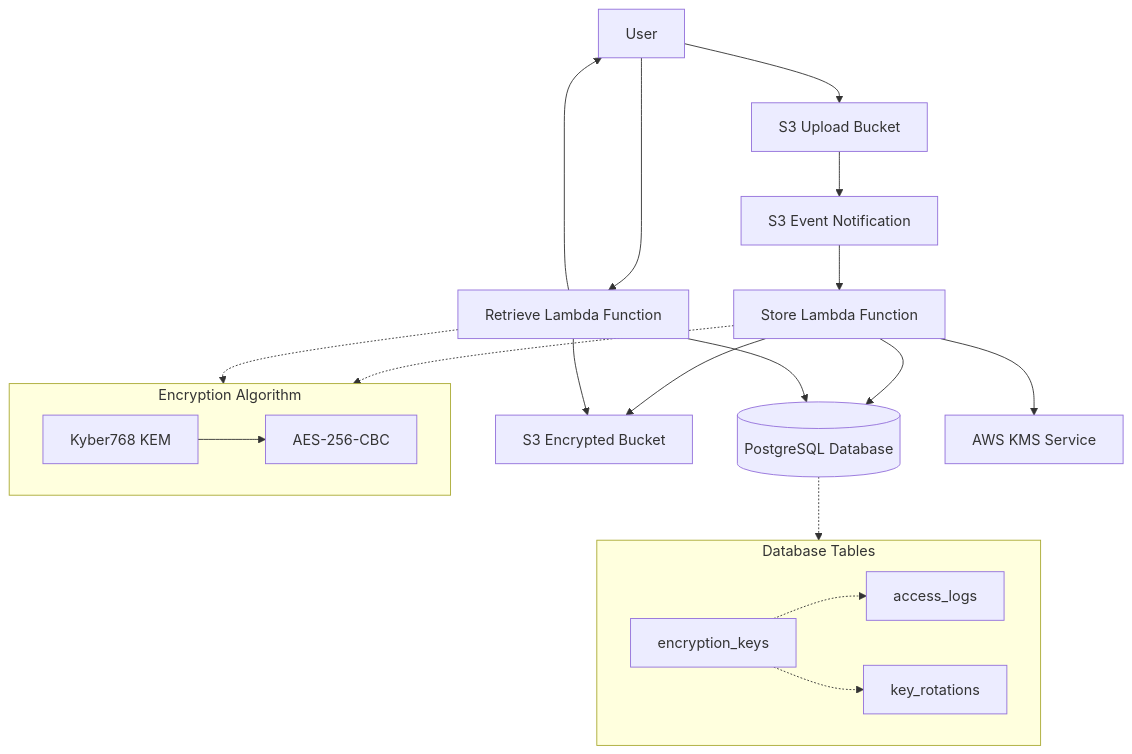
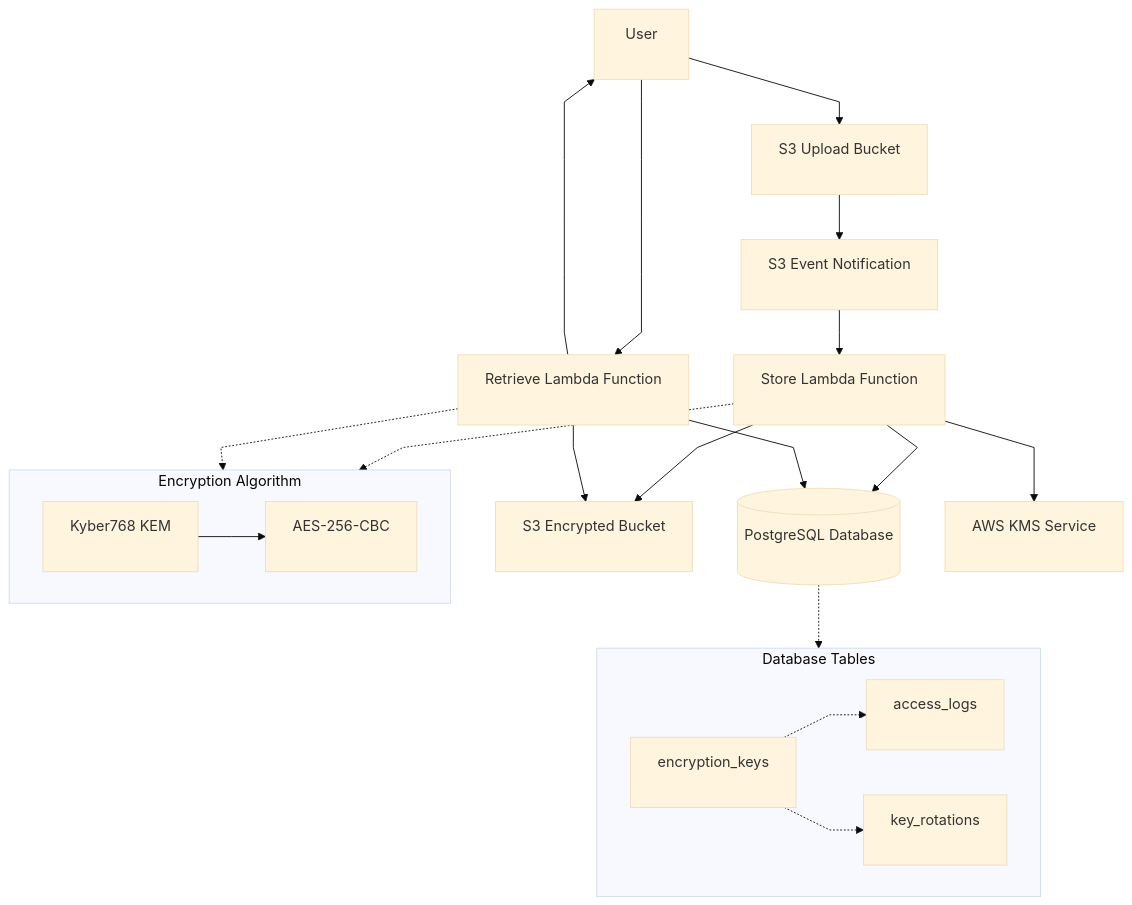
One commit to m1rl0k/pqfile changed the diagram in README.md. Above: the diagram before and after it, drawn with Mermaid.

````diff
--- a/README.md
+++ b/README.md
@@ -17,41 +17,42 @@
 ```mermaid
+%%{init: {"flowchart": {"htmlLabels": true, "curve": "linear"}, "theme": "base"}}%%
 graph TB
-    User["   User   "]
-    S3Upload["   S3 Upload Bucket   "]
-    S3Encrypted["   S3 Encrypted Bucket   "]
-    StoreLambda["   Store Lambda Function   "]
-    RetrieveLambda["   Retrieve Lambda Function   "]
-    Database[("   PostgreSQL Database   ")]
-    KMSService["   AWS KMS Service   "]
-    S3Event["   S3 Event Notification   "]
+    User["User<br/>&nbsp;&nbsp;&nbsp;&nbsp;&nbsp;&nbsp;&nbsp;&nbsp;&nbsp;&nbsp;"]
+    S3Upload["S3 Upload Bucket<br/>&nbsp;&nbsp;&nbsp;&nbsp;&nbsp;&nbsp;&nbsp;&nbsp;&nbsp;&nbsp;&nbsp;&nbsp;&nbsp;&nbsp;&nbsp;&nbsp;&nbsp;&nbsp;&nbsp;&nbsp;"]
+    S3Encrypted["S3 Encrypted Bucket<br/>&nbsp;&nbsp;&nbsp;&nbsp;&nbsp;&nbsp;&nbsp;&nbsp;&nbsp;&nbsp;&nbsp;&nbsp;&nbsp;&nbsp;&nbsp;&nbsp;&nbsp;&nbsp;&nbsp;&nbsp;&nbsp;&nbsp;"]
+    StoreLambda["Store Lambda Function<br/>&nbsp;&nbsp;&nbsp;&nbsp;&nbsp;&nbsp;&nbsp;&nbsp;&nbsp;&nbsp;&nbsp;&nbsp;&nbsp;&nbsp;&nbsp;&nbsp;&nbsp;&nbsp;&nbsp;&nbsp;&nbsp;&nbsp;&nbsp;"]
+    RetrieveLambda["Retrieve Lambda Function<br/>&nbsp;&nbsp;&nbsp;&nbsp;&nbsp;&nbsp;&nbsp;&nbsp;&nbsp;&nbsp;&nbsp;&nbsp;&nbsp;&nbsp;&nbsp;&nbsp;&nbsp;&nbsp;&nbsp;&nbsp;&nbsp;&nbsp;&nbsp;&nbsp;&nbsp;"]
+    Database[("PostgreSQL Database<br/>&nbsp;&nbsp;&nbsp;&nbsp;&nbsp;&nbsp;&nbsp;&nbsp;&nbsp;&nbsp;&nbsp;&nbsp;&nbsp;&nbsp;&nbsp;&nbsp;&nbsp;&nbsp;&nbsp;")]
+    KMSService["AWS KMS Service<br/>&nbsp;&nbsp;&nbsp;&nbsp;&nbsp;&nbsp;&nbsp;&nbsp;&nbsp;&nbsp;&nbsp;&nbsp;&nbsp;&nbsp;&nbsp;"]
+    S3Event["S3 Event Notification<br/>&nbsp;&nbsp;&nbsp;&nbsp;&nbsp;&nbsp;&nbsp;&nbsp;&nbsp;&nbsp;&nbsp;&nbsp;&nbsp;&nbsp;&nbsp;&nbsp;&nbsp;&nbsp;&nbsp;&nbsp;"]
 
     User --> S3Upload
     User --> RetrieveLambda
     S3Upload --> S3Event
     S3Event --> StoreLambda
     StoreLambda --> Database
     StoreLambda --> KMSService
     StoreLambda --> S3Encrypted
     RetrieveLambda --> Database
     RetrieveLambda --> S3Encrypted
     RetrieveLambda --> User
 
-    subgraph CryptoAlgorithm ["   Encryption Algorithm   "]
-        Kyber768["   Kyber768 KEM   "]
-        AES256["   AES-256-CBC   "]
+    subgraph CryptoAlgorithm ["Encryption Algorithm"]
+        Kyber768["Kyber768 KEM<br/>&nbsp;&nbsp;&nbsp;&nbsp;&nbsp;&nbsp;&nbsp;&nbsp;&nbsp;&nbsp;&nbsp;&nbsp;&nbsp;"]
+        AES256["AES-256-CBC<br/>&nbsp;&nbsp;&nbsp;&nbsp;&nbsp;&nbsp;&nbsp;&nbsp;&nbsp;&nbsp;&nbsp;"]
         Kyber768 --> AES256
     end
 
     StoreLambda -.-> CryptoAlgorithm
     RetrieveLambda -.-> CryptoAlgorithm
 
-    subgraph DatabaseTables ["   Database Tables   "]
-        EncryptionKeys["   encryption_keys   "]
-        AccessLogs["   access_logs   "]
-        KeyRotations["   key_rotations   "]
+    subgraph DatabaseTables ["Database Tables"]
+        EncryptionKeys["encryption_keys<br/>&nbsp;&nbsp;&nbsp;&nbsp;&nbsp;&nbsp;&nbsp;&nbsp;&nbsp;&nbsp;&nbsp;&nbsp;&nbsp;&nbsp;&nbsp;"]
+        AccessLogs["access_logs<br/>&nbsp;&nbsp;&nbsp;&nbsp;&nbsp;&nbsp;&nbsp;&nbsp;&nbsp;&nbsp;&nbsp;"]
+        KeyRotations["key_rotations<br/>&nbsp;&nbsp;&nbsp;&nbsp;&nbsp;&nbsp;&nbsp;&nbsp;&nbsp;&nbsp;&nbsp;&nbsp;&nbsp;"]
         EncryptionKeys -.-> AccessLogs
         EncryptionKeys -.-> KeyRotations
     end
 
     Database -.-> DatabaseTables
 ```
````
